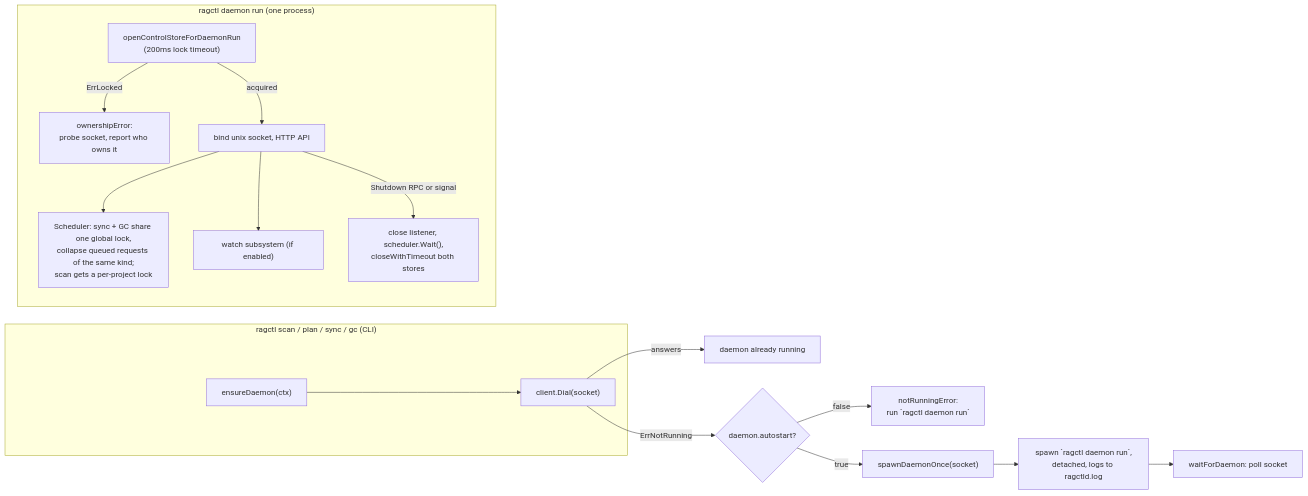
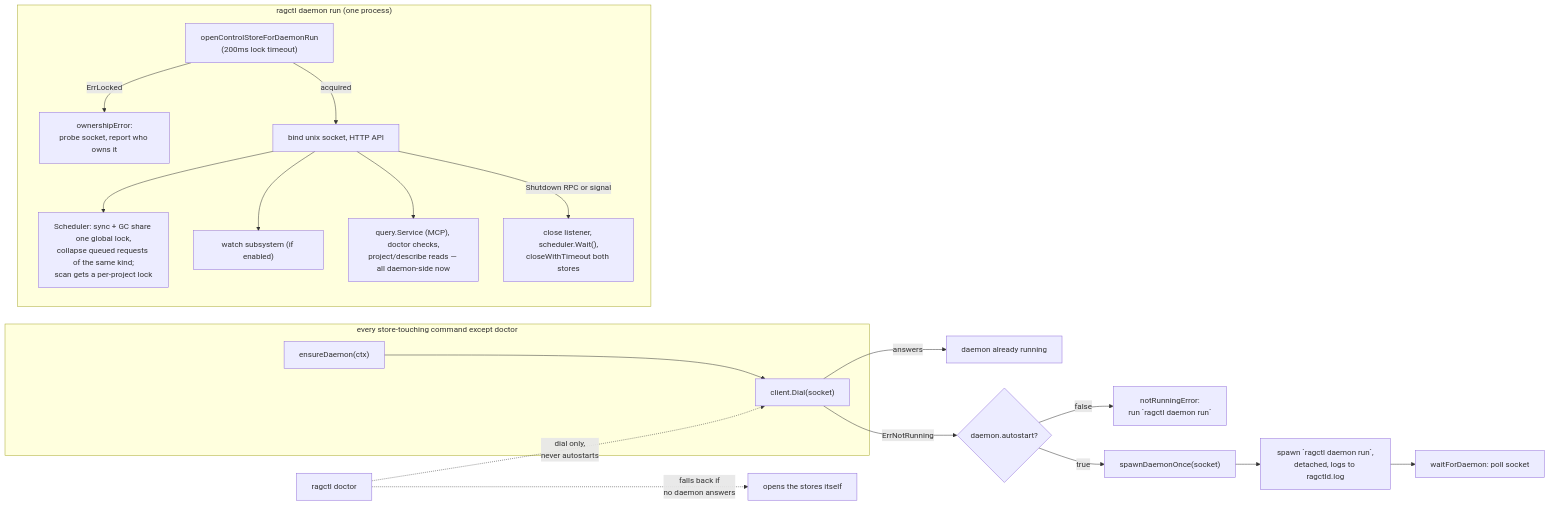
One commit to aleutian-ai/depctl changed the second of 12 diagrams in docs/architecture.md. Above: the diagram before and after it, drawn with Mermaid. The commit also changed other lines of this file and 4 other files, not shown here.

````diff
--- a/docs/architecture.md
+++ b/docs/architecture.md
@@ -98,20 +104,24 @@
 ```mermaid
 flowchart LR
-    subgraph client["ragctl scan / plan / sync / gc (CLI)"]
+    subgraph client["every store-touching command except doctor"]
         C1["ensureDaemon(ctx)"] --> C2["client.Dial(socket)"]
     end
     C2 -->|answers| D0["daemon already running"]
     C2 -->|ErrNotRunning| C3{"daemon.autostart?"}
     C3 -->|false| C4["notRunningError:<br/>run `ragctl daemon run`"]
     C3 -->|true| C5["spawnDaemonOnce(socket)"]
     C5 --> C6["spawn `ragctl daemon run`,<br/>detached, logs to ragctld.log"]
     C6 --> C7["waitForDaemon: poll socket"]
 
     subgraph daemon["ragctl daemon run (one process)"]
         S1["openControlStoreForDaemonRun<br/>(200ms lock timeout)"] -->|ErrLocked| S2["ownershipError:<br/>probe socket, report who owns it"]
         S1 -->|acquired| S3["bind unix socket, HTTP API"]
         S3 --> S4["Scheduler: sync + GC share one global lock,<br/>collapse queued requests of the same kind;<br/>scan gets a per-project lock"]
         S3 --> S5["watch subsystem (if enabled)"]
+        S3 --> S7["query.Service (MCP), doctor checks,<br/>project/describe reads — all daemon-side now"]
         S3 -->|Shutdown RPC or signal| S6["close listener, scheduler.Wait(),<br/>closeWithTimeout both stores"]
     end
+
+    Doctor["ragctl doctor"] -.->|dial only,<br/>never autostarts| C2
+    Doctor -.->|falls back if<br/>no daemon answers| Direct["opens the stores itself"]
 ```
````
